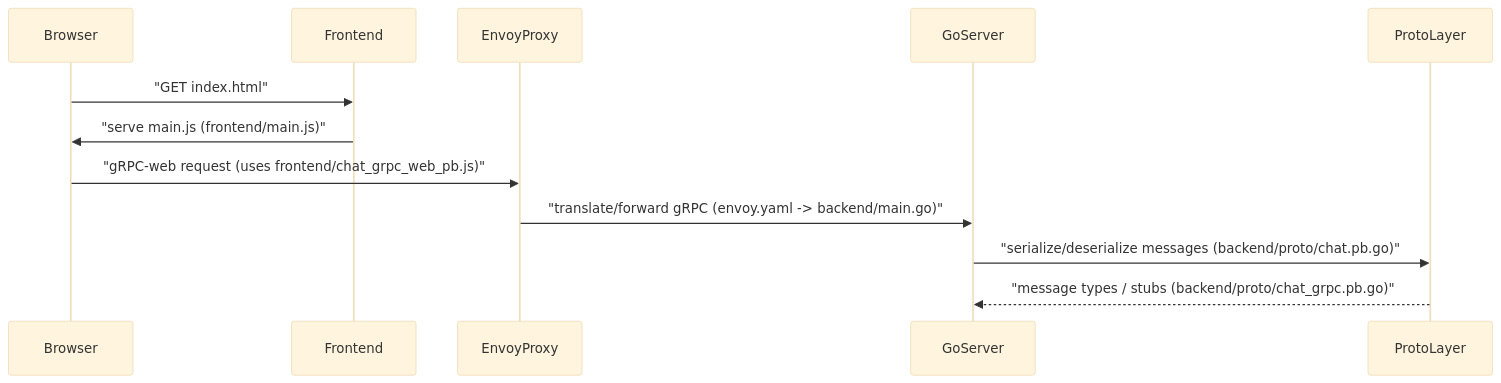
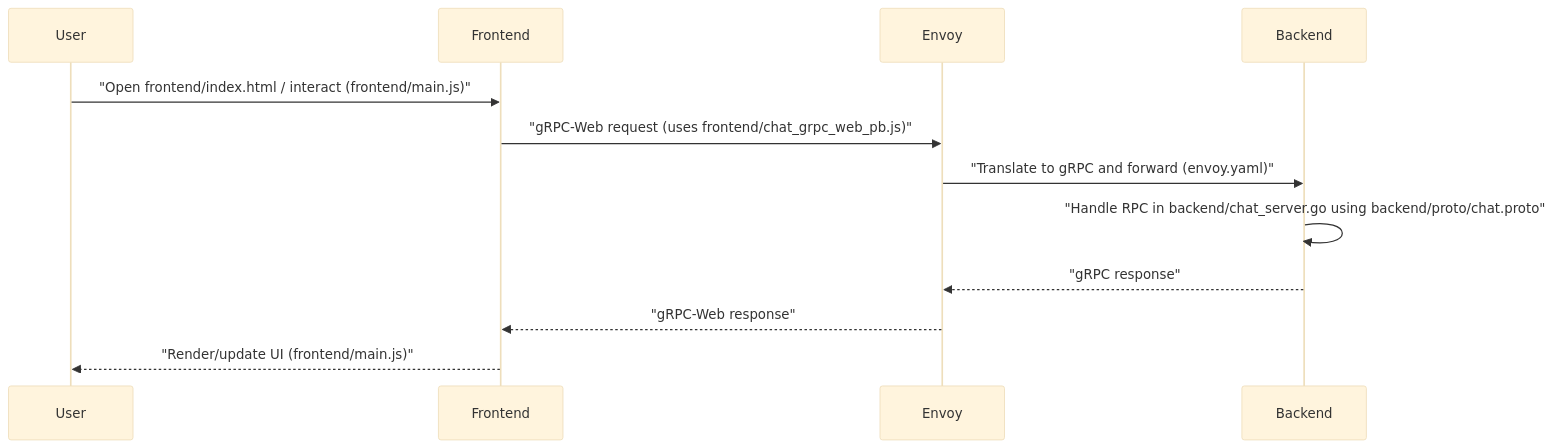
One commit to YusuffBulbul/Web-Programlama changed the second of 2 diagrams in README_ARCH.md. Above: the diagram before and after it, drawn with Mermaid (base theme). The commit also changed other lines of this file, not shown here.

````diff
--- a/README_ARCH.md
+++ b/README_ARCH.md
@@ -47,10 +47,11 @@
 ```mermaid
 sequenceDiagram
-Browser->>Frontend: "GET index.html"
-Frontend->>Browser: "serve main.js (frontend/main.js)"
-Browser->>EnvoyProxy: "gRPC-web request (uses frontend/chat_grpc_web_pb.js)"
-EnvoyProxy->>GoServer: "translate/forward gRPC (envoy.yaml -> backend/main.go)"
-GoServer->>ProtoLayer: "serialize/deserialize messages (backend/proto/chat.pb.go)"
-ProtoLayer-->>GoServer: "message types / stubs (backend/proto/chat_grpc.pb.go)"
+User->>Frontend: "Open frontend/index.html / interact (frontend/main.js)"
+Frontend->>Envoy: "gRPC-Web request (uses frontend/chat_grpc_web_pb.js)"
+Envoy->>Backend: "Translate to gRPC and forward (envoy.yaml)"
+Backend->>Backend: "Handle RPC in backend/chat_server.go using backend/proto/chat.proto"
+Backend-->>Envoy: "gRPC response"
+Envoy-->>Frontend: "gRPC-Web response"
+Frontend-->>User: "Render/update UI (frontend/main.js)"
 
 ```
````
